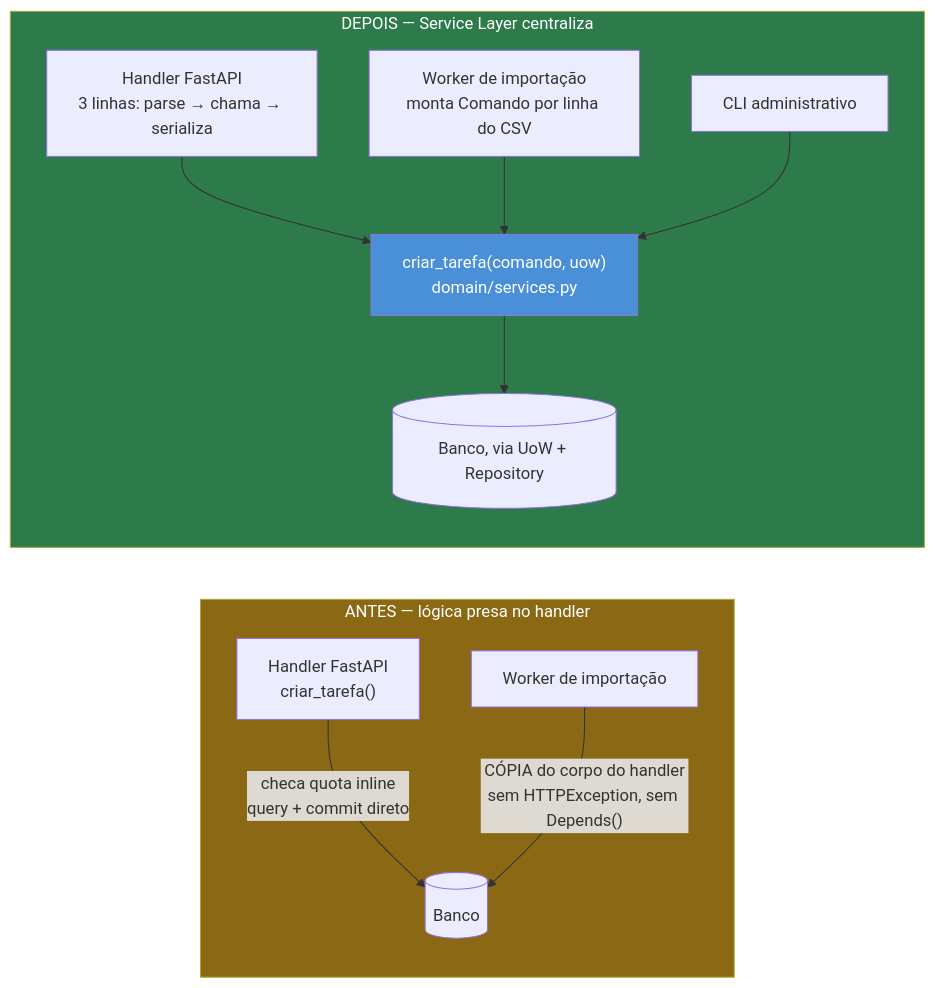
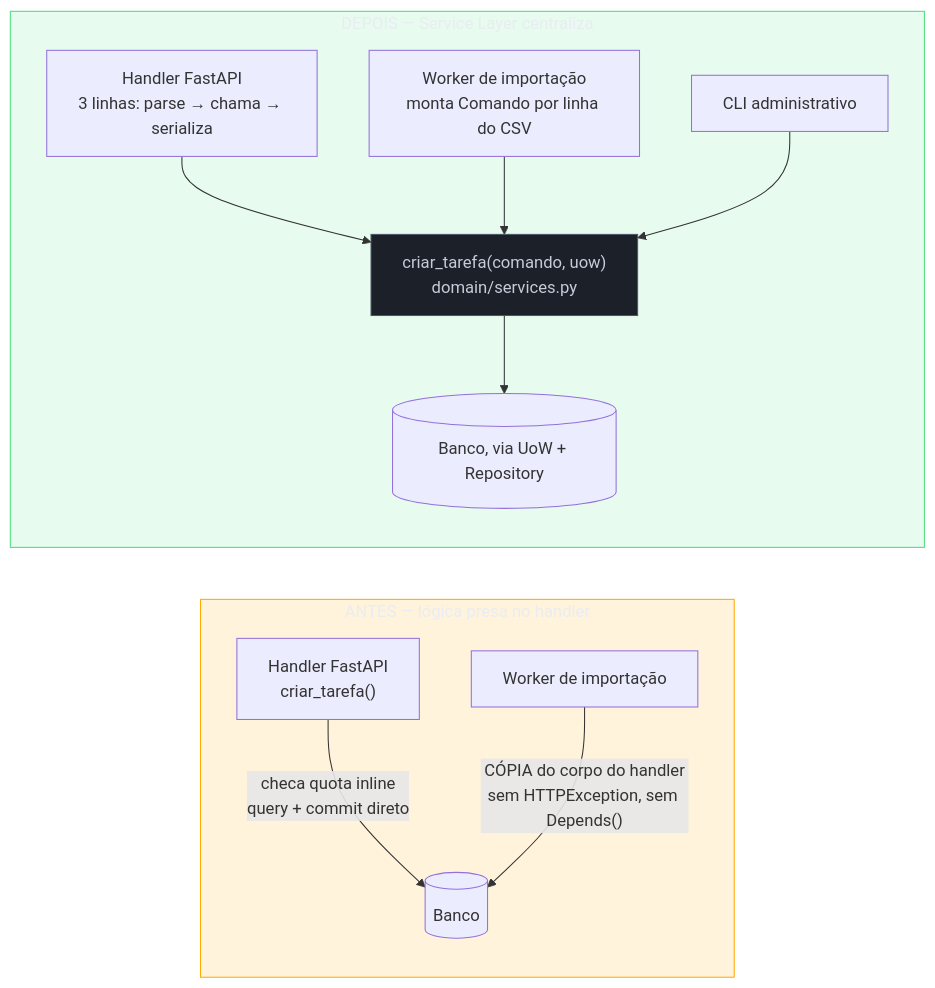
Before and after one commit to josenaldo/codex-technomanticus: the second of 2 diagrams in 03-Dominios/Tecnologia/Python/Arquitetura e Design Patterns/06 - Service Layer — orquestrando casos de uso.md, drawn with Mermaid. The commit also changed other lines of this file and 1181 other files, not shown here.

First line of the commit message:
fix(diagramas): paleta do sistema no lugar de cor cravada no markdown

````diff
--- a/03-Dominios/Tecnologia/Python/Arquitetura e Design Patterns/06 - Service Layer — orquestrando casos de uso.md
+++ b/03-Dominios/Tecnologia/Python/Arquitetura e Design Patterns/06 - Service Layer — orquestrando casos de uso.md
@@ -328,19 +331,22 @@
 ```mermaid
 flowchart LR
+    classDef destaque fill:#FFAA0024,stroke:#FFAA00,color:#E9ECF2
+    classDef ok fill:#4ADE8021,stroke:#4ADE80,color:#E9ECF2
+    classDef neutro fill:#1B2029,stroke:#4E5666,color:#C6CCD8
     subgraph Antes["ANTES — lógica presa no handler"]
         H1["Handler FastAPI\ncriar_tarefa()"] -->|"checa quota inline\nquery + commit direto"| DB1[("Banco")]
         W1["Worker de importação"] -->|"CÓPIA do corpo do handler\nsem HTTPException, sem Depends()"| DB1
     end
 
     subgraph Depois["DEPOIS — Service Layer centraliza"]
         SVC["criar_tarefa(comando, uow)\ndomain/services.py"]
         H2["Handler FastAPI\n3 linhas: parse → chama → serializa"] --> SVC
         W2["Worker de importação\nmonta Comando por linha do CSV"] --> SVC
         CLI2["CLI administrativo"] --> SVC
         SVC --> DB2[("Banco, via UoW + Repository")]
     end
 
-    style Antes fill:#8b6914,color:#fff
-    style Depois fill:#2d7a4a,color:#fff
-    style SVC fill:#4A90D9,color:#fff
+    class Antes destaque
+    class Depois ok
+    class SVC neutro
 ```
````
